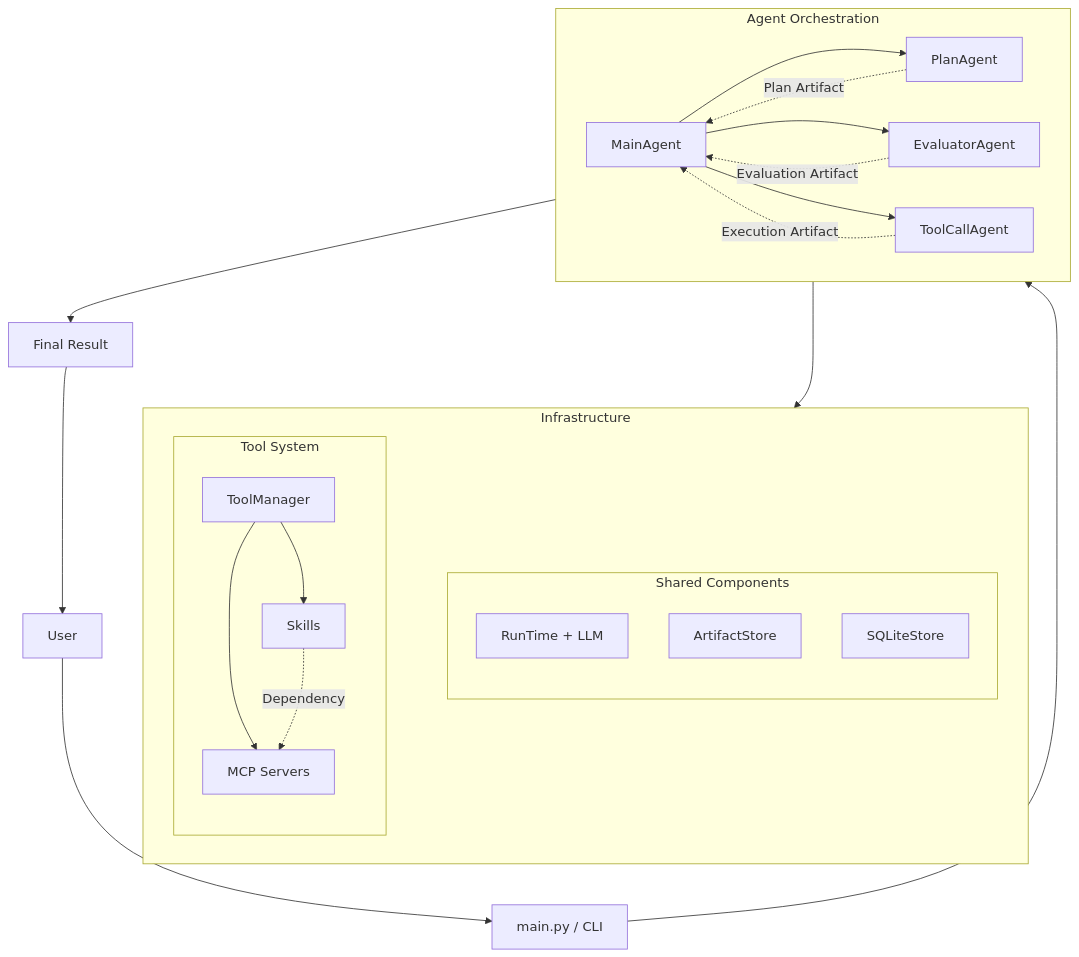
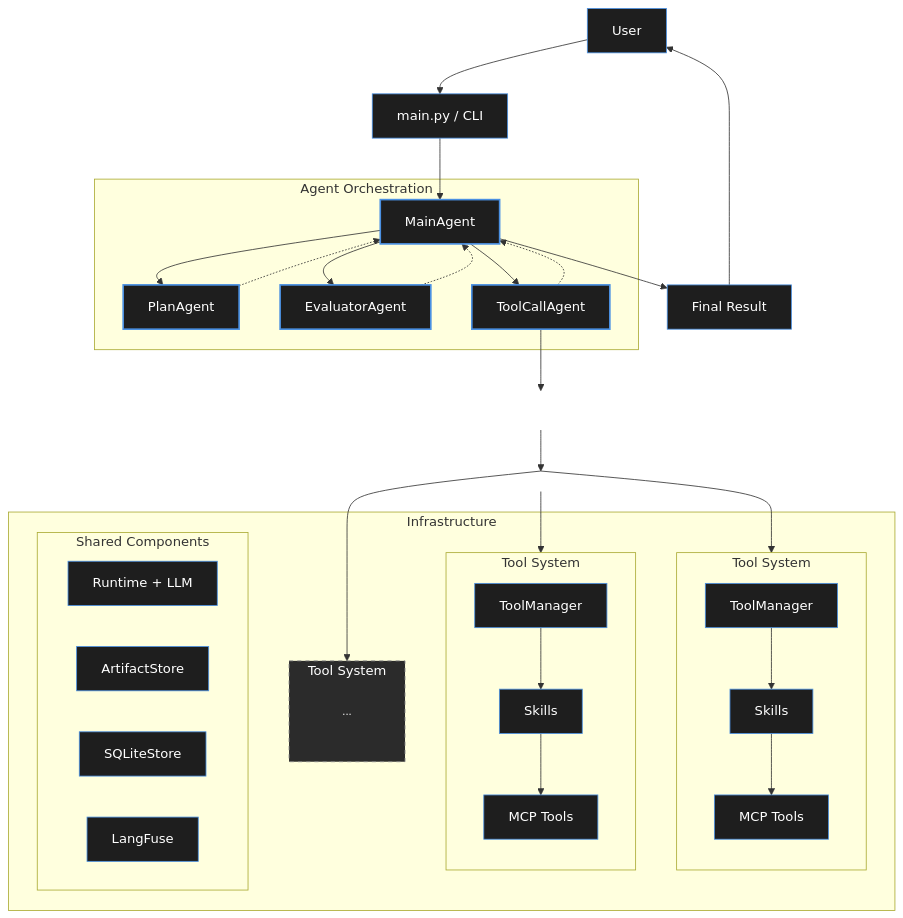
Before and after one commit to WY-74/Walnut: the diagram in README.md, drawn with Mermaid. The commit also changed other lines of this file and 19 other files, not shown here.

````diff
--- a/README.md
+++ b/README.md
@@ -5,45 +26,77 @@
 ```mermaid
-flowchart TB
-    User[User] --> App[main.py / CLI]
-    App --> Main[MainAgent]
+flowchart TD
+classDef node fill:#1e1e1e,stroke:#4a90e2,stroke-width:1px,color:#fff
+classDef agent fill:#1e1e1e,stroke:#4a90e2,stroke-width:2px,color:#fff
+classDef invisible display:none
+classDef dashedContainer fill:#2b2b2b,stroke:#888,stroke-width:1px,stroke-dasharray:5 5,color:#fff
+classDef plainText fill:none,stroke:none,color:#fff,font-size:12px
 
-    subgraph Orchestration[Agent Orchestration]
-        direction LR
-        Main --> Plan[PlanAgent]
-        Main --> Eval[EvaluatorAgent]
-        Main --> Tool[ToolCallAgent]
+User[User]:::node
+CLI["main.py / CLI"]:::node
+MainAgent[MainAgent]:::agent
+FinalResult["Final Result"]:::node
+
+User --> CLI
+CLI --> MainAgent
+MainAgent --> FinalResult
+FinalResult --> User
+
+subgraph AgentOrchestration["Agent Orchestration"]
+    PlanAgent[PlanAgent]:::agent
+    EvaluatorAgent[EvaluatorAgent]:::agent
+    ToolCallAgent[ToolCallAgent]:::agent
+
+    MainAgent --> PlanAgent
+    MainAgent --> EvaluatorAgent
+    MainAgent --> ToolCallAgent
+    PlanAgent -.-> MainAgent
+    EvaluatorAgent -.-> MainAgent
+    ToolCallAgent -.-> MainAgent
+end
+
+subgraph Infrastructure["Infrastructure"]
+    subgraph ToolSystem1["Tool System"]
+        direction TB
+        ToolManager1[ToolManager]:::node
+        Skills1[Skills]:::node
+        MCPTools1["MCP Tools"]:::node
+
+        ToolManager1 --> Skills1
+        Skills1 --> MCPTools1
     end
 
-    Plan -. Plan Artifact .-> Main
-    Eval -. Evaluation Artifact .-> Main
-    Tool -. Execution Artifact .-> Main
+    subgraph ToolSystem2["Tool System"]
+        direction TB
+        ToolManager2[ToolManager]:::node
+        Skills2[Skills]:::node
+        MCPTools2["MCP Tools"]:::node
 
-    Main --> Result[Final Result]
-    Result --> User
-
-    subgraph Infrastructure[Infrastructure]
-        direction LR
-
-        subgraph Tools[Tool System]
-            direction TB
-            ToolManager[ToolManager]
-            Skills[Skills]
-            MCP[MCP Servers]
-            ToolManager --> Skills
-            ToolManager --> MCP
-            Skills -. Dependency .-> MCP
-        end
-
-        subgraph Shared[Shared Components]
-            direction TB
-            Runtime[RunTime + LLM]
-            Artifacts[ArtifactStore]
-            Progress[SQLiteStore]
-        end
+        ToolManager2 --> Skills2
+        Skills2 --> MCPTools2
     end
 
-    Tool --> ToolManager
+    subgraph ToolSystemN["Tool System"]
+        direction TB
+        MoreTools["..."]:::plainText
+    end
 
-    Result ~~~ ToolManager
-    MCP ~~~ Runtime
+    subgraph SharedComponents["Shared Components"]
+        direction LR
+        Runtime["Runtime + LLM"]:::node
+        ArtifactStore[ArtifactStore]:::node
+        SQLiteStore[SQLiteStore]:::node
+        LangFuse[LangFuse]:::node
+    end
+end
+
+ParallelLabel["Parallel"]:::plainText
+SplitNode[" "]:::invisible
+
+ToolCallAgent --> ParallelLabel
+ParallelLabel --> SplitNode
+SplitNode --> ToolSystem1
+SplitNode --> ToolSystem2
+SplitNode --> ToolSystemN
+
+class ToolSystemN dashedContainer
 ```
````
